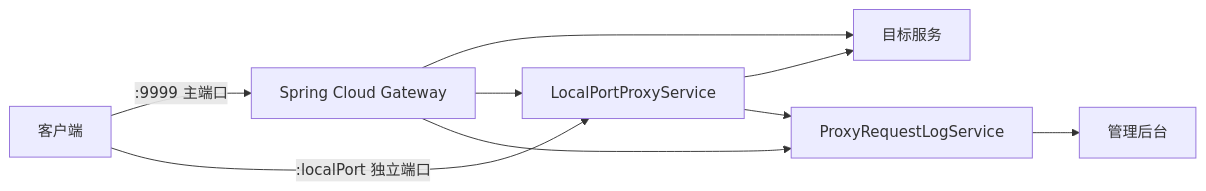
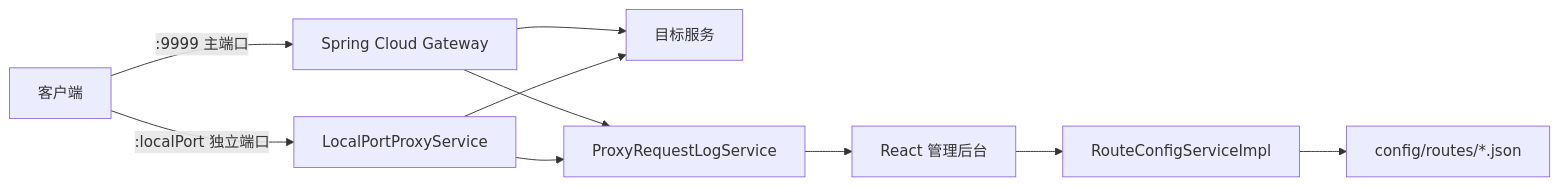
The diagram in wiki/Home.md (geek-xin/web-router), drawn with Mermaid before and after one commit. The commit also changed other lines of this file and 66 other files, not shown here.

````diff
--- a/wiki/Home.md
+++ b/wiki/Home.md
@@ -36,11 +57,12 @@
 ```mermaid
 flowchart LR
     C["客户端"] -->|":9999 主端口"| G["Spring Cloud Gateway"]
     C -->|":localPort 独立端口"| L["LocalPortProxyService"]
     G --> T["目标服务"]
-    G --> L
     L --> T
     G --> R["ProxyRequestLogService"]
     L --> R
-    R --> A["管理后台"]
+    R --> A["React 管理后台"]
+    A --> S["RouteConfigServiceImpl"]
+    S --> F["config/routes/*.json"]
 ```
````
